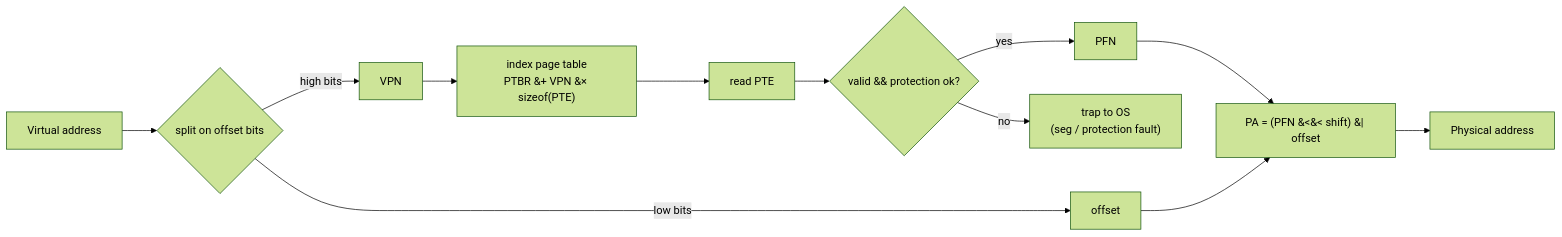
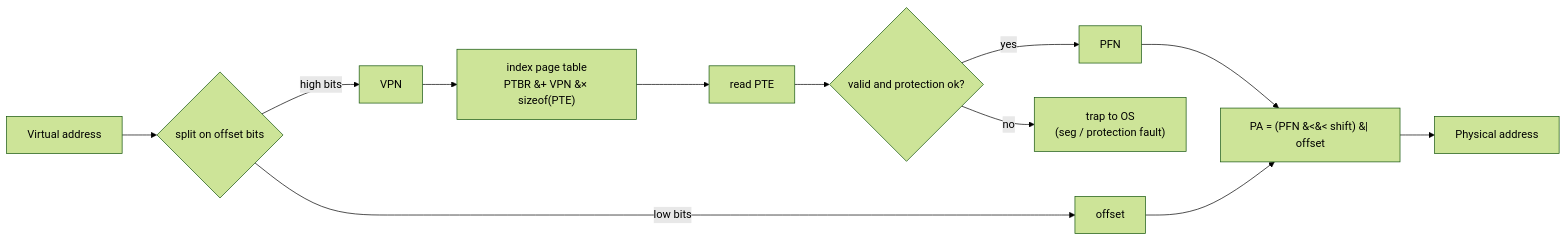
The third of 3 diagrams in course/os/virtualization-memory/paging-introduction.md (21r21a33333/system-design-course), drawn with Mermaid (forest theme) before and after one commit. The commit also changed 8 other files, not shown here.

First line of the commit message:
fix(os): mermaid sequence-diagram parse crash; feat: hideable doc sidebar

````diff
--- a/course/os/virtualization-memory/paging-introduction.md
+++ b/course/os/virtualization-memory/paging-introduction.md
@@ -100,14 +100,14 @@
 ```mermaid
 flowchart LR
   va["Virtual address"] --> split{"split on offset bits"}
   split -->|"high bits"| vpn["VPN"]
   split -->|"low bits"| off["offset"]
   vpn --> idx["index page table<br/>PTBR &#43; VPN &#215; sizeof(PTE)"]
   idx --> pte["read PTE"]
-  pte --> chk{"valid &#38; protection ok?"}
+  pte --> chk{"valid and protection ok?"}
   chk -->|"no"| fault["trap to OS<br/>(seg / protection fault)"]
   chk -->|"yes"| pfn["PFN"]
   pfn --> form["PA = (PFN &#60;&#60; shift) &#124; offset"]
   off --> form
   form --> pa["Physical address"]
 ```
````
